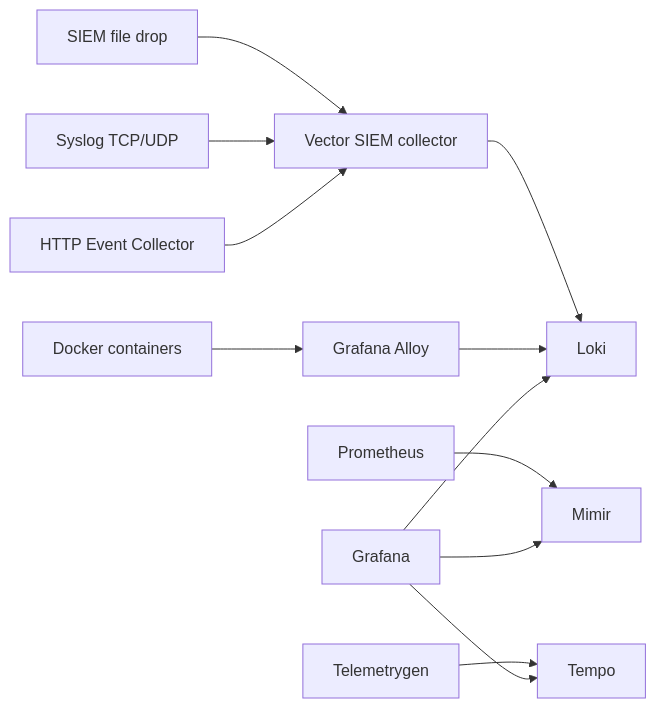
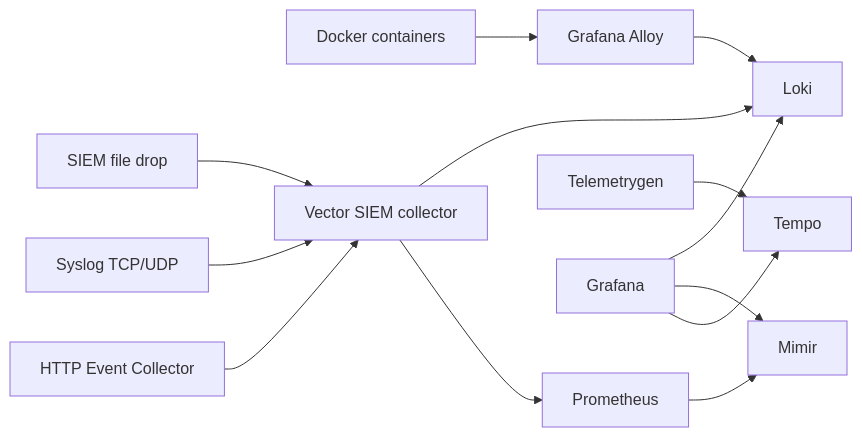
The diagram in docs/architecture.md (kevin-greenan/observability), drawn with Mermaid before and after one commit. The commit also changed other lines of this file and 21 other files, not shown here.

````diff
--- a/docs/architecture.md
+++ b/docs/architecture.md
@@ -7,14 +7,15 @@
 ```mermaid
 flowchart LR
   docker["Docker containers"] --> alloy["Grafana Alloy"]
   files["SIEM file drop"] --> vector["Vector SIEM collector"]
   syslog["Syslog TCP/UDP"] --> vector
   hec["HTTP Event Collector"] --> vector
   vector --> loki
+  vector --> prometheus
   alloy --> loki["Loki"]
   prometheus["Prometheus"] --> mimir["Mimir"]
   telemetrygen["Telemetrygen"] --> tempo["Tempo"]
   grafana["Grafana"] --> loki
   grafana --> mimir
   grafana --> tempo
 ```
````
